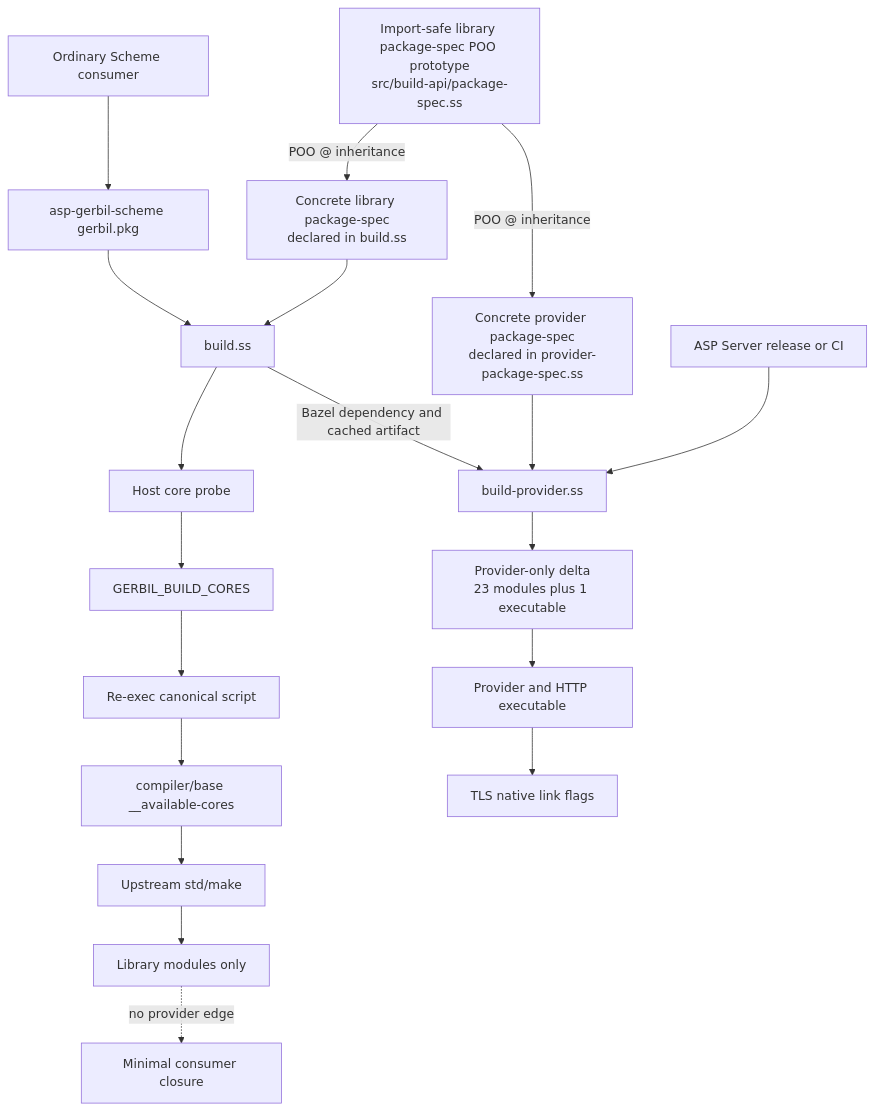
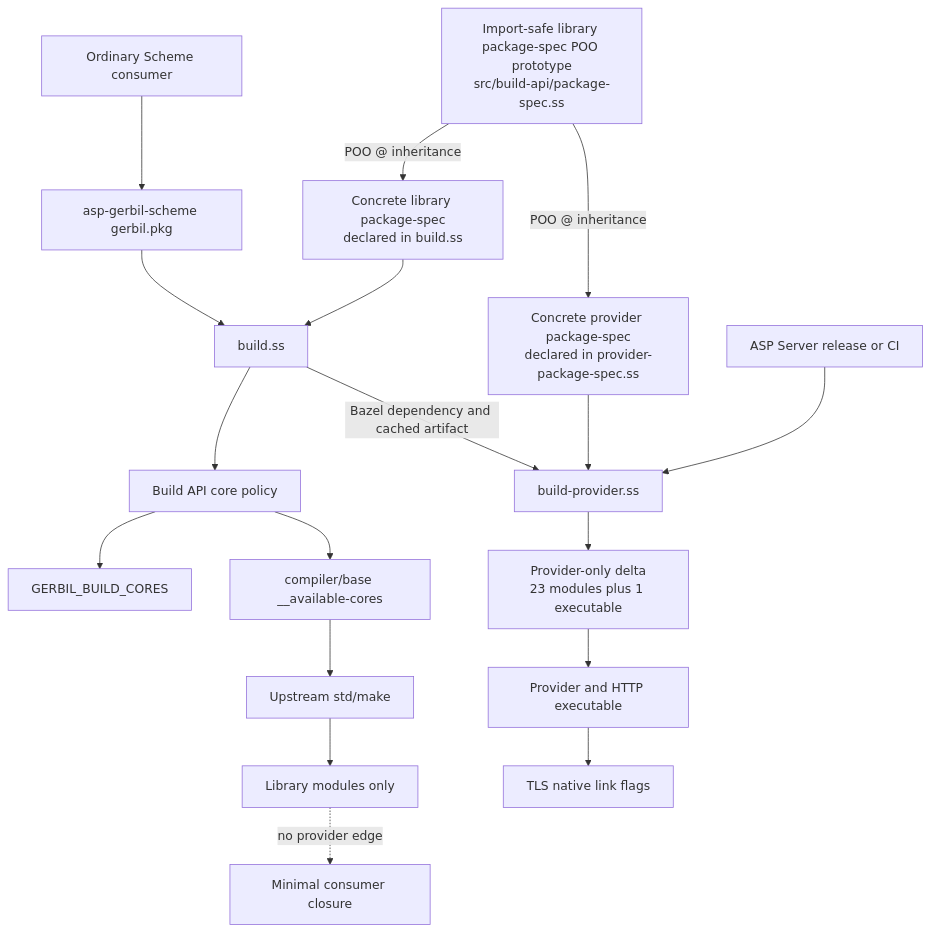
Before and after one commit to tao3k/asp-gerbil-scheme: the fifth of 5 diagrams in docs/30-39-building/31.07-native-gerbil-declarative-boundary.org, drawn with Mermaid. The commit also changed other lines of this file and 9 other files, not shown here.

```diff
--- a/docs/30-39-building/31.07-native-gerbil-declarative-boundary.org
+++ b/docs/30-39-building/31.07-native-gerbil-declarative-boundary.org
@@ -188,22 +195,21 @@
 #+begin_src mermaid
 flowchart TD
     Consumer[Ordinary Scheme consumer] --> Manifest[asp-gerbil-scheme gerbil.pkg]
     Manifest --> LibraryBuild[build.ss]
     Prototype[Import-safe library package-spec POO prototype<br/>src/build-api/package-spec.ss]
     Prototype -->|POO @ inheritance| LibraryObject[Concrete library package-spec<br/>declared in build.ss]
     Prototype -->|POO @ inheritance| ProviderObject[Concrete provider package-spec<br/>declared in provider-package-spec.ss]
     LibraryObject --> LibraryBuild
-    LibraryBuild --> CoreProbe[Host core probe]
-    CoreProbe --> CoreEnv[GERBIL_BUILD_CORES]
-    CoreEnv --> Reexec[Re-exec canonical script]
-    Reexec --> Available[compiler/base __available-cores]
+    LibraryBuild --> CorePolicy[Build API core policy]
+    CorePolicy --> CoreEnv[GERBIL_BUILD_CORES]
+    CorePolicy --> Available[compiler/base __available-cores]
     Available --> StdMake[Upstream std/make]
     StdMake --> Libraries[Library modules only]
     ServerRelease[ASP Server release or CI] --> ProviderBuild[build-provider.ss]
     ProviderObject --> ProviderBuild
     LibraryBuild -->|Bazel dependency and cached artifact| ProviderBuild
     ProviderBuild --> ProviderDelta[Provider-only delta<br/>23 modules plus 1 executable]
     ProviderDelta --> Provider[Provider and HTTP executable]
     Provider --> TLS[TLS native link flags]
     Libraries -. no provider edge .-> ConsumerRuntime[Minimal consumer closure]
 #+end_src
```
